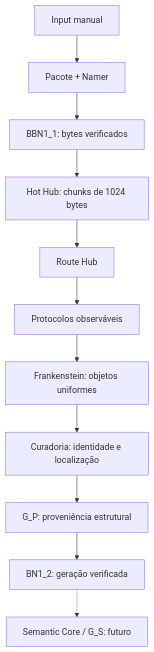
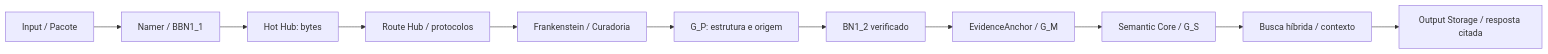
Before and after one commit to Walc21/AI-MEMORY: the diagram in README.md, drawn with Mermaid. The commit also changed other lines of this file and 29 other files, not shown here.

````diff
--- a/README.md
+++ b/README.md
@@ -19,13 +11,13 @@
 ```mermaid
-flowchart TB
-    I["Input manual"] --> P["Pacote + Namer"]
-    P --> B["BBN1_1: bytes verificados"]
-    B --> H["Hot Hub: chunks de 1024 bytes"]
-    H --> R["Route Hub"]
-    R --> T["Protocolos observáveis"]
-    T --> F["Frankenstein: objetos uniformes"]
-    F --> C["Curadoria: identidade e localização"]
-    C --> G["G_P: proveniência estrutural"]
-    G --> B2["BN1_2: geração verificada"]
-    B2 -.-> S["Semantic Core / G_S: futuro"]
+flowchart LR
+    I[Input / Pacote] --> N[Namer / BBN1_1]
+    N --> H[Hot Hub: bytes]
+    H --> T[Route Hub / protocolos]
+    T --> C[Frankenstein / Curadoria]
+    C --> GP[G_P: estrutura e origem]
+    GP --> B[BN1_2 verificado]
+    B --> E[EvidenceAnchor / G_M]
+    E --> S[Semantic Core / G_S]
+    S --> R[Busca híbrida / contexto]
+    R --> O[Output Storage / resposta citada]
 ```
````
